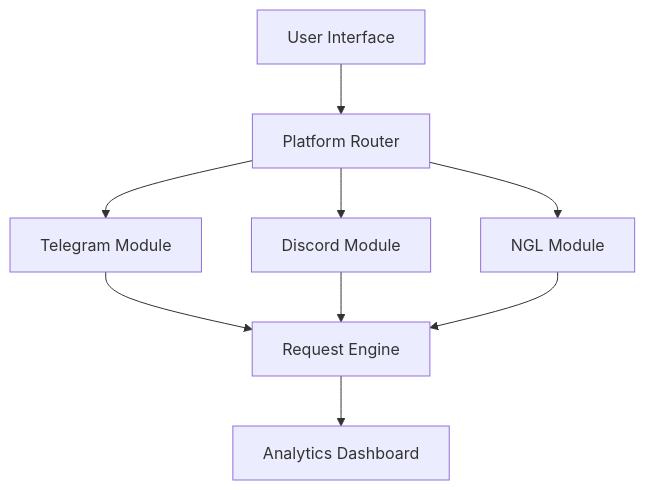
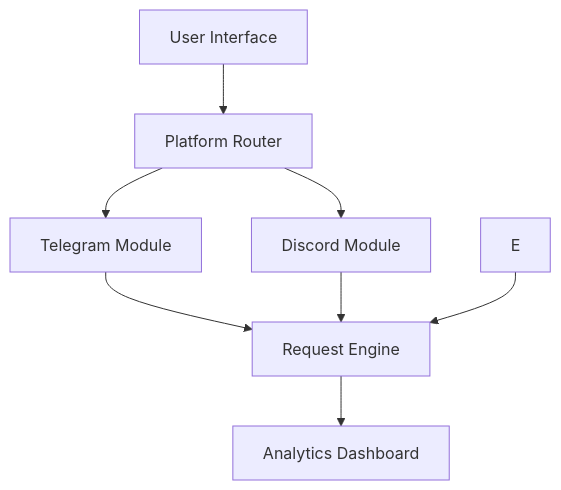
The diagram in README.md (V3XZz/VxzSpammer), drawn with Mermaid before and after one commit. The commit also changed other lines of this file, not shown here.

````diff
--- a/README.md
+++ b/README.md
@@ -118,11 +111,10 @@
 ```mermaid
 graph TD
     A[User Interface] --> B[Platform Router]
     B --> C[Telegram Module]
     B --> D[Discord Module]
-    B --> E[NGL Module]
     C --> F[Request Engine]
     D --> F
     E --> F
     F --> G[Analytics Dashboard]
 ```
````
